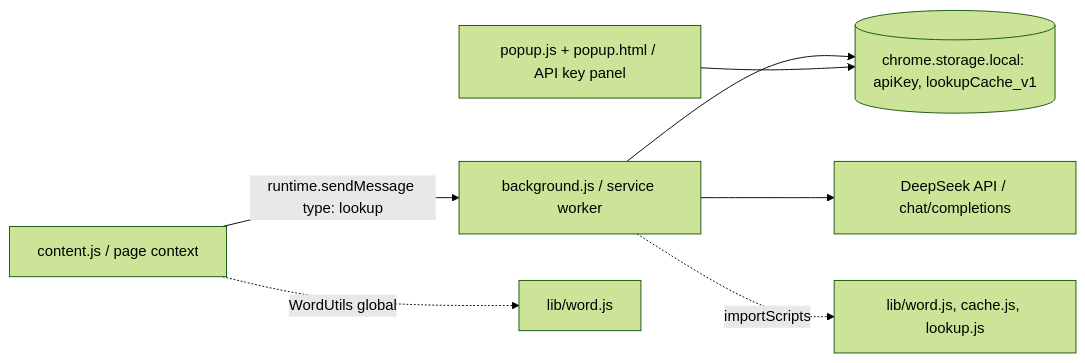
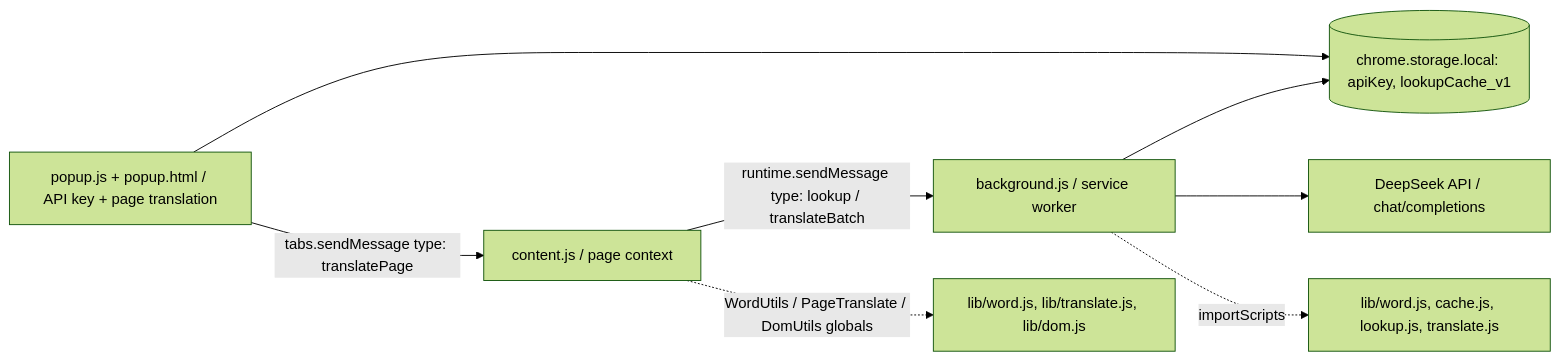
The diagram in AGENTS.md (helper15901590/deepseek-word-translator), drawn with Mermaid (forest theme) before and after one commit. The commit also changed other lines of this file and 1 other file, not shown here.

Commit message:
docs: record page translation, frame and popup dimension revisions

````diff
--- a/AGENTS.md
+++ b/AGENTS.md
@@ -11,9 +11,10 @@
 ```mermaid
 graph LR
-    A[content.js / page context] -->|runtime.sendMessage type: lookup| B[background.js / service worker]
+    A[content.js / page context] -->|runtime.sendMessage type: lookup / translateBatch| B[background.js / service worker]
     B --> C[(chrome.storage.local: apiKey, lookupCache_v1)]
     B --> D[DeepSeek API / chat/completions]
-    E[popup.js + popup.html / API key panel] --> C
-    A -. WordUtils global .-> F[lib/word.js]
-    B -. importScripts .-> G[lib/word.js, cache.js, lookup.js]
+    E[popup.js + popup.html / API key + page translation] --> C
+    E -->|tabs.sendMessage type: translatePage| A
+    A -. WordUtils / PageTranslate / DomUtils globals .-> F[lib/word.js, lib/translate.js, lib/dom.js]
+    B -. importScripts .-> G[lib/word.js, cache.js, lookup.js, translate.js]
 ```
````
